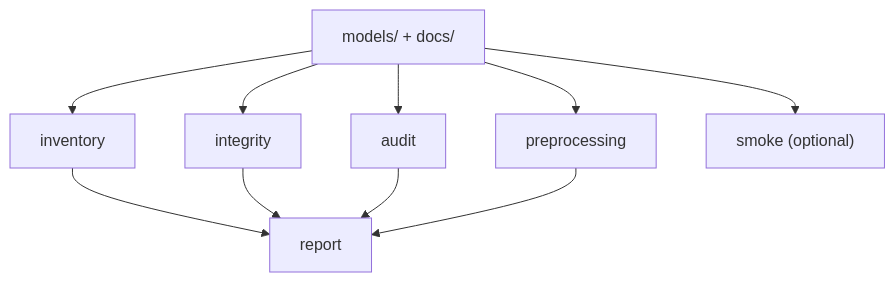
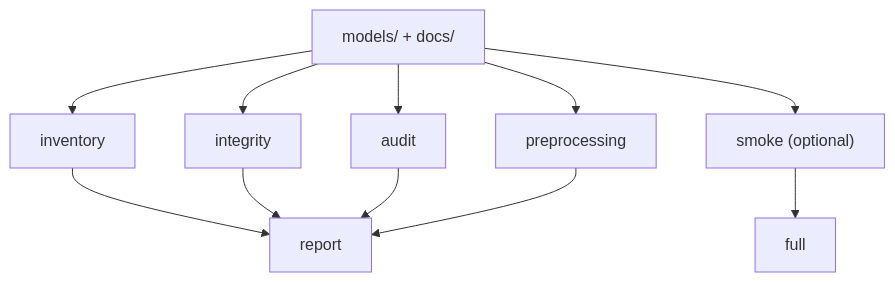
Before and after one commit to Daneshpajouh/ChromeCRISPR: the diagram in workflow/README.md, drawn with Mermaid. The commit also changed other lines of this file and 19 other files, not shown here.

````diff
--- a/workflow/README.md
+++ b/workflow/README.md
@@ -11,12 +11,13 @@
 ```mermaid
 flowchart TD
   A["models/ + docs/"] --> B["inventory"]
   A --> C["integrity"]
   A --> D["audit"]
   A --> E["preprocessing"]
   B --> F["report"]
   C --> F
   D --> F
   E --> F
   A --> G["smoke (optional)"]
+  G --> H["full"]
 ```
````
